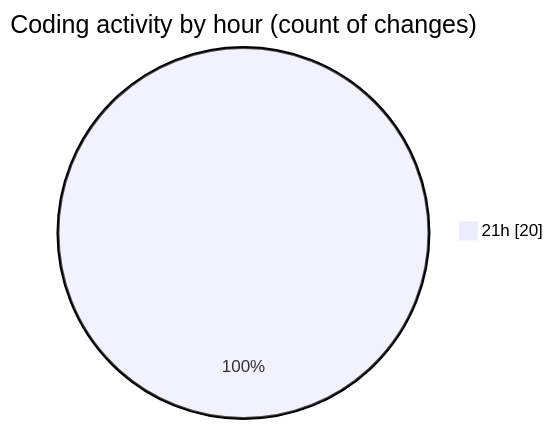
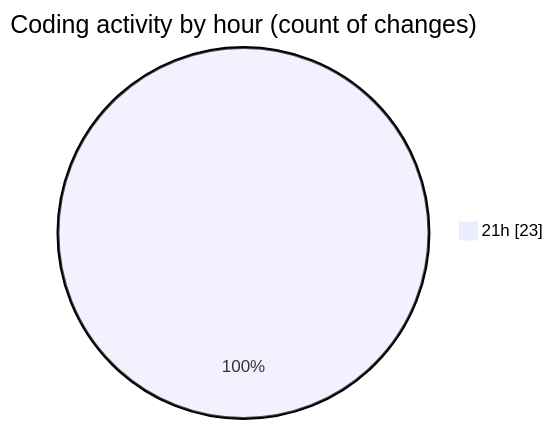
The second of 2 diagrams in 2025-08-06/fish/README.md (EIIisD/code-tracking), drawn with Mermaid before and after one commit. The commit also changed other lines of this file and 1 other file, not shown here.

````diff
--- a/2025-08-06/fish/README.md
+++ b/2025-08-06/fish/README.md
@@ -30,5 +30,5 @@
 ```mermaid
 pie showData
 title Coding activity by hour (count of changes)
-"21h" : 20
+"21h" : 23
 ```
````
